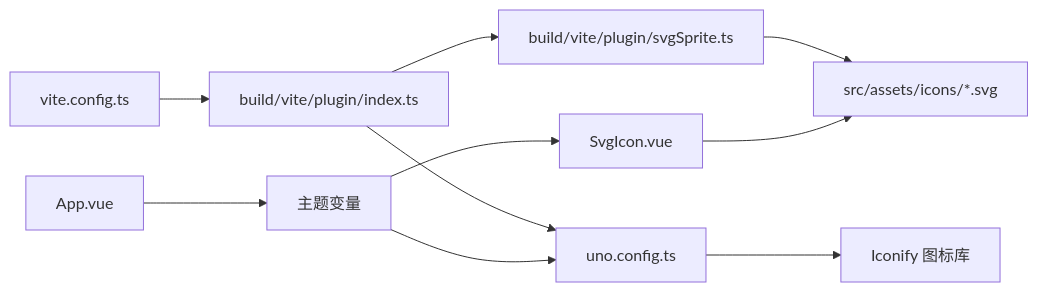
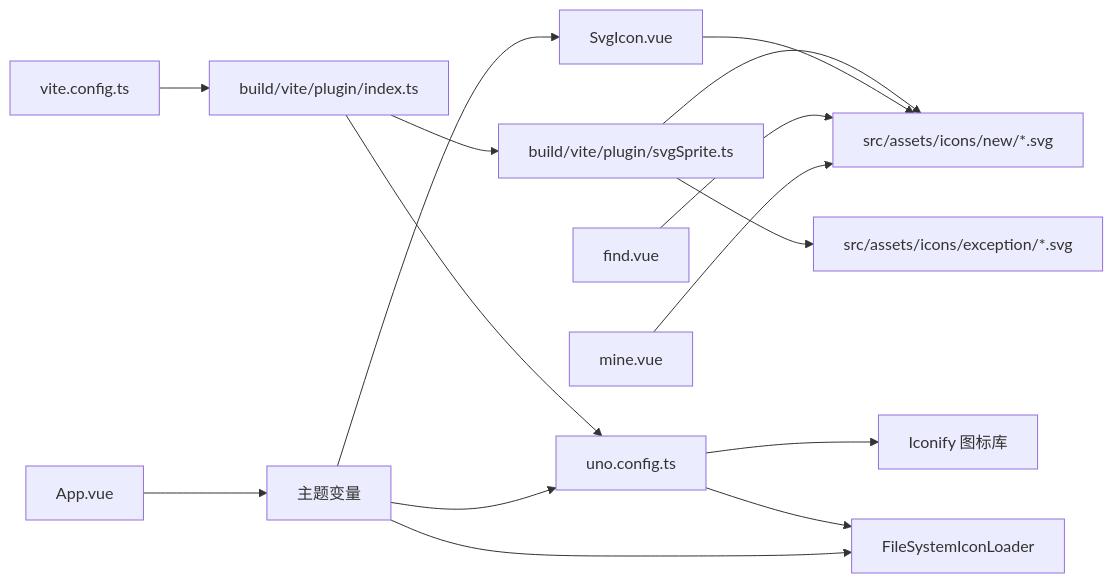
One commit to giserman001/vue3-vant4-mobile changed the fifth of 5 diagrams in .qoder/repowiki/zh/content/UI组件系统/图标系统.md. Above: the diagram before and after it, drawn with Mermaid. The commit also changed other lines of this file and 17 other files, not shown here.

First line of the commit message:
docs(icon-system): 补充微信风格图标系统文档及架构说明

````diff
--- a/.qoder/repowiki/zh/content/UI组件系统/图标系统.md
+++ b/.qoder/repowiki/zh/content/UI组件系统/图标系统.md
@@ -265,12 +343,17 @@
 ```mermaid
 graph LR
 VC["vite.config.ts"] --> PI["build/vite/plugin/index.ts"]
 PI --> PS["build/vite/plugin/svgSprite.ts"]
 PI --> UC["uno.config.ts"]
-PS --> ICONS["src/assets/icons/*.svg"]
+PS --> ICONS_NEW["src/assets/icons/new/*.svg"]
+PS --> ICONS_EXCEPTION["src/assets/icons/exception/*.svg"]
 UC --> IF["Iconify 图标库"]
-SI["SvgIcon.vue"] --> ICONS
+UC --> CUSTOM_LOADER["FileSystemIconLoader"]
+SI["SvgIcon.vue"] --> ICONS_NEW
+FIND["find.vue"] --> ICONS_NEW
+MINE["mine.vue"] --> ICONS_NEW
 APP["App.vue"] --> THEME["主题变量"]
 THEME --> SI
 THEME --> UC
+THEME --> CUSTOM_LOADER
 ```
````
